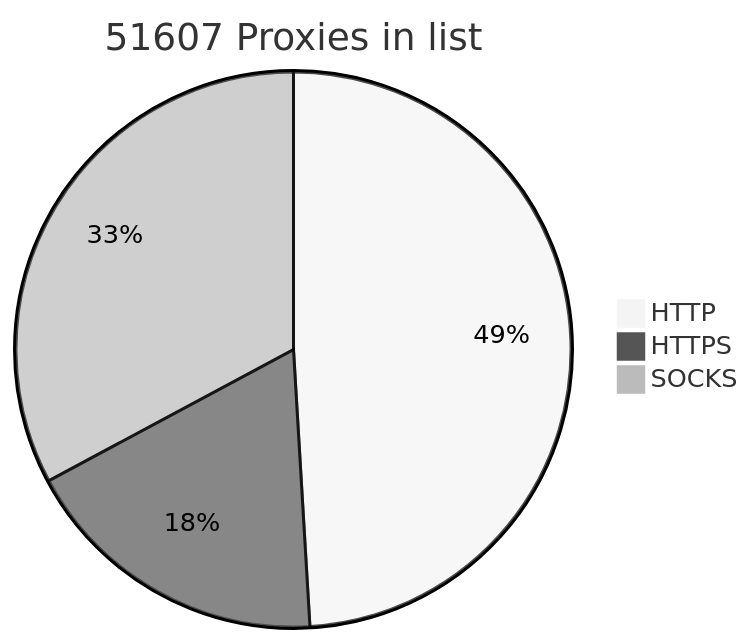
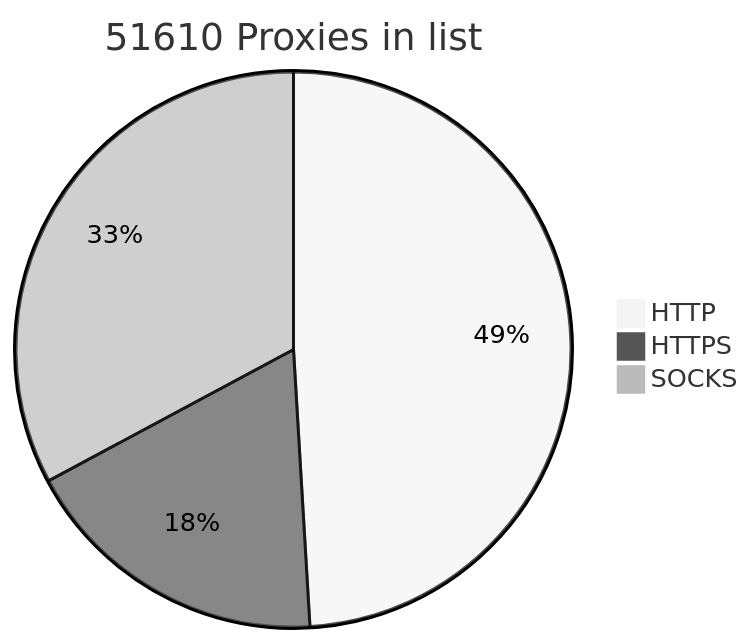
Before and after one commit to BlackSnowDot/proxylist-update-every-minute: the diagram in README.md, drawn with Mermaid (neutral theme).

````diff
--- a/README.md
+++ b/README.md
@@ -2,6 +2,6 @@
 ```mermaid
-pie title 51607 Proxies in list
-    "HTTP" : 28511
-    "HTTPS": 10524
+pie title 51610 Proxies in list
+    "HTTP" : 28512
+    "HTTPS": 10526
     "SOCKS" : 19084
 ```
````
